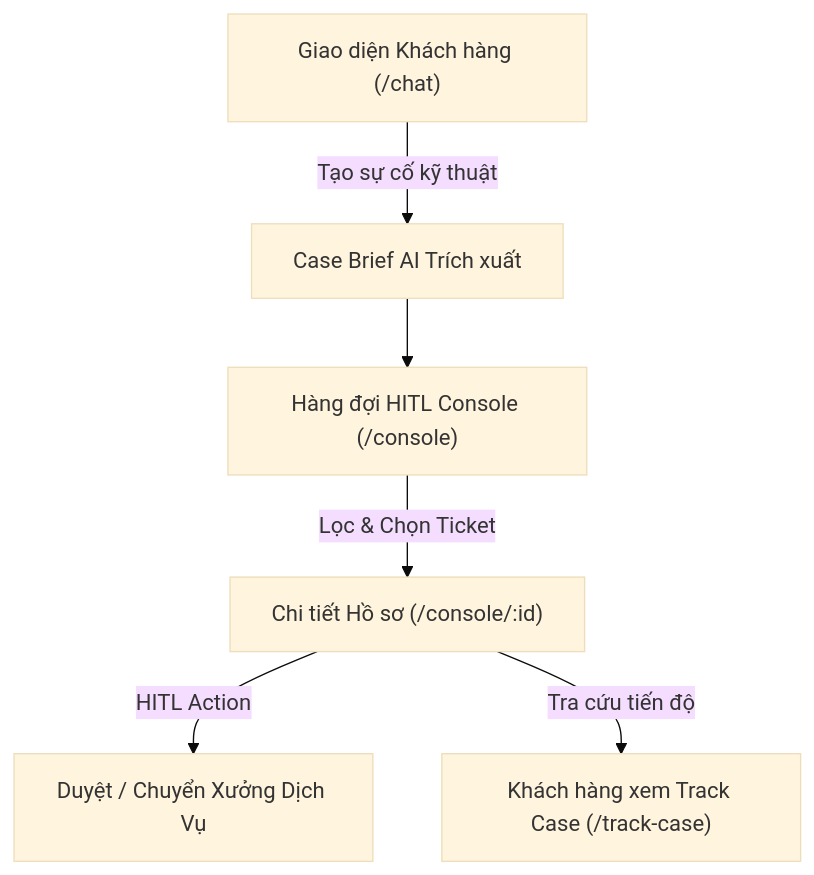
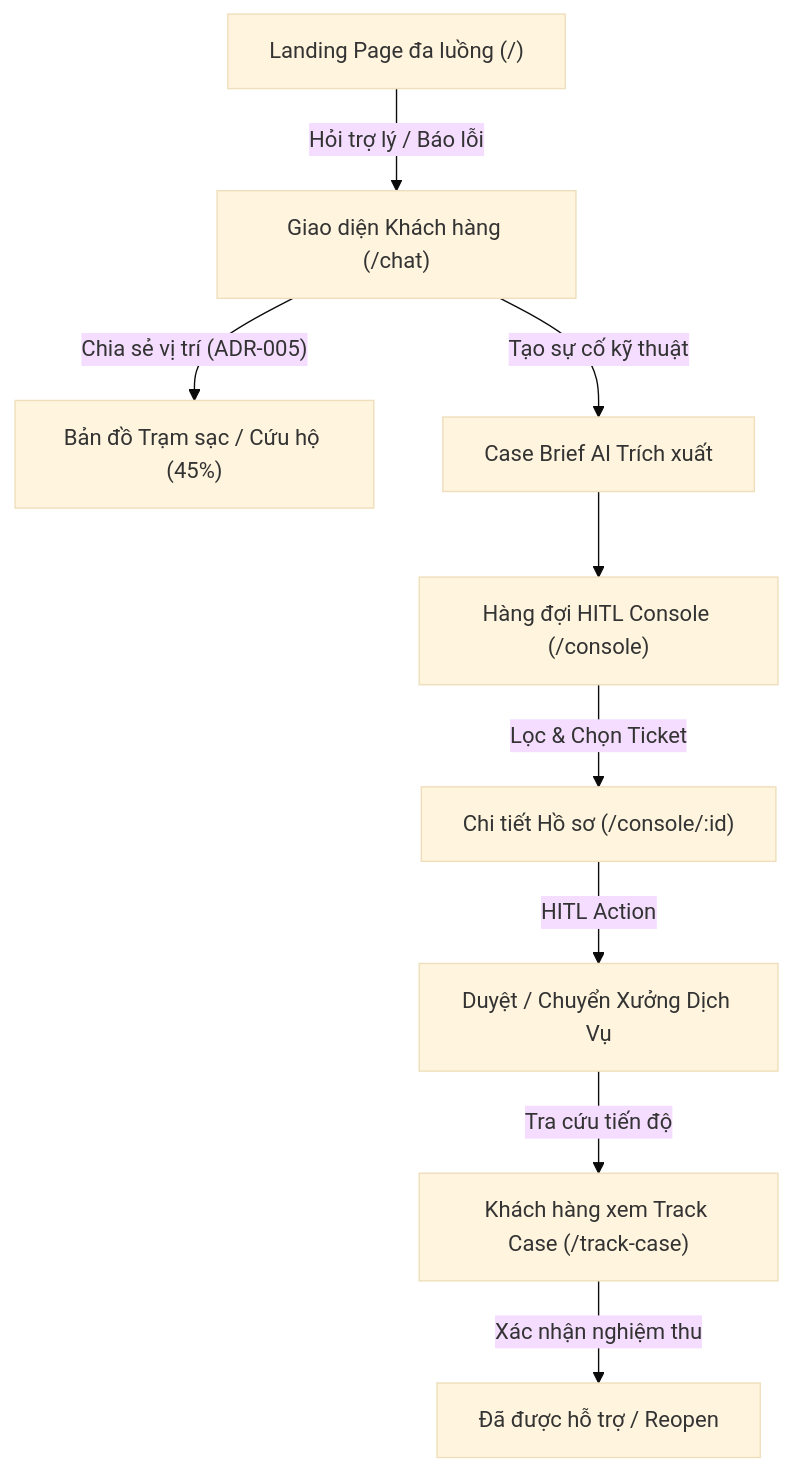
The diagram in docs/design/ui-ux-implementation-and-roadmap.md (TheViet298/viet-ai), drawn with Mermaid (base theme) before and after one commit. The commit also changed other lines of this file and 31 other files, not shown here.

Commit message:
feat(ui-ux): overhaul customer chat hierarchy, ADR-005 service map and landing hero

````diff
--- a/docs/design/ui-ux-implementation-and-roadmap.md
+++ b/docs/design/ui-ux-implementation-and-roadmap.md
@@ -14,8 +14,11 @@
 ```mermaid
 graph TD
-    A["Giao diện Khách hàng (/chat)"] -->|"Tạo sự cố kỹ thuật"| B["Case Brief AI Trích xuất"]
-    B --> C["Hàng đợi HITL Console (/console)"]
-    C -->|"Lọc & Chọn Ticket"| D["Chi tiết Hồ sơ (/console/:id)"]
-    D -->|"HITL Action"| E["Duyệt / Chuyển Xưởng Dịch Vụ"]
-    D -->|"Tra cứu tiến độ"| F["Khách hàng xem Track Case (/track-case)"]
+    A["Landing Page đa luồng (/)"] -->|"Hỏi trợ lý / Báo lỗi"| B["Giao diện Khách hàng (/chat)"]
+    B -->|"Chia sẻ vị trí (ADR-005)"| C["Bản đồ Trạm sạc / Cứu hộ (45%)"]
+    B -->|"Tạo sự cố kỹ thuật"| D["Case Brief AI Trích xuất"]
+    D --> E["Hàng đợi HITL Console (/console)"]
+    E -->|"Lọc & Chọn Ticket"| F["Chi tiết Hồ sơ (/console/:id)"]
+    F -->|"HITL Action"| G["Duyệt / Chuyển Xưởng Dịch Vụ"]
+    G -->|"Tra cứu tiến độ"| H["Khách hàng xem Track Case (/track-case)"]
+    H -->|"Xác nhận nghiệm thu"| I["Đã được hỗ trợ / Reopen"]
 ```
````
